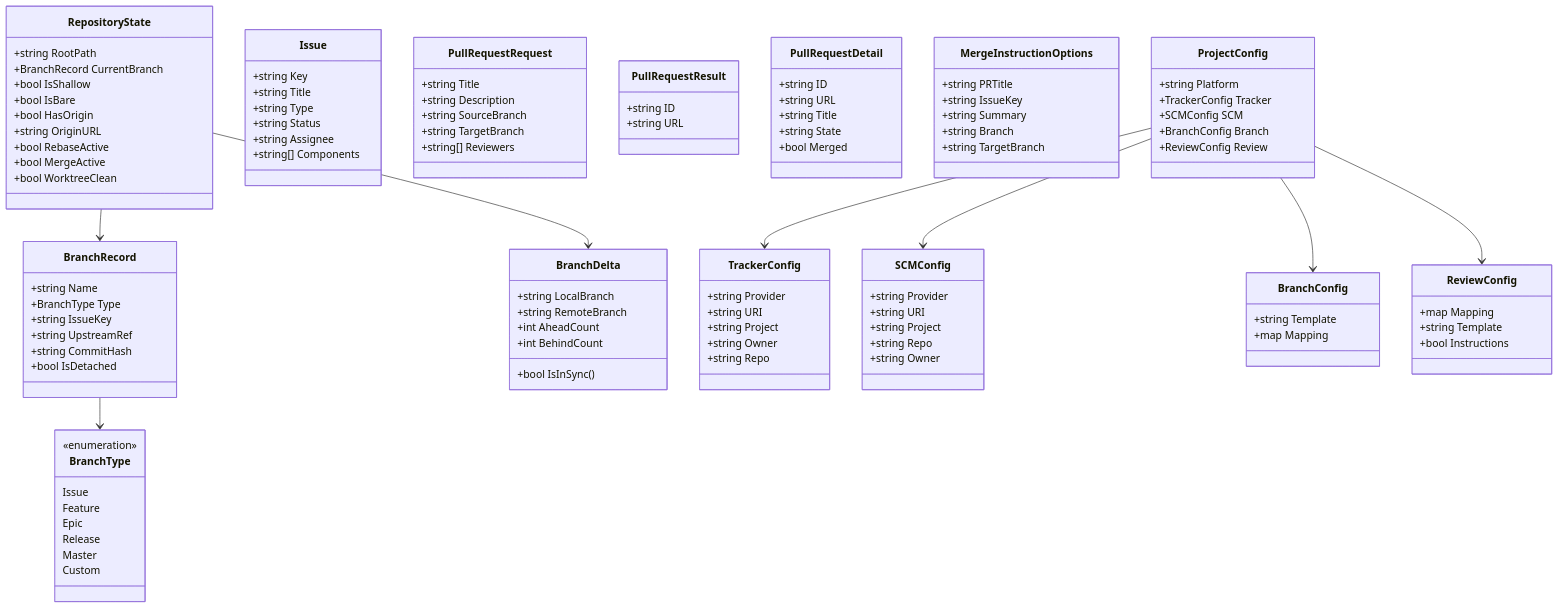
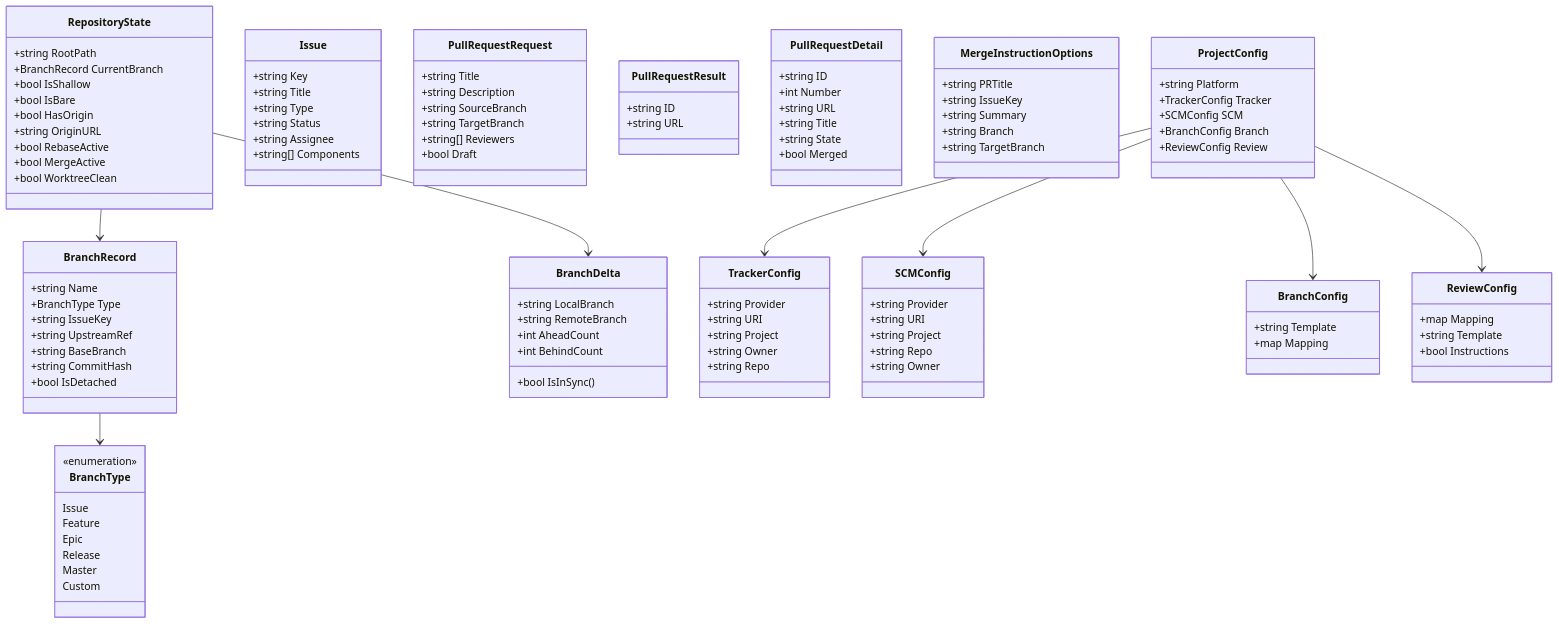
Before and after one commit to bvarnai/git-brx: the diagram in docs/spec/global.md, drawn with Mermaid. The commit also changed other lines of this file and 11 other files, not shown here.

Commit message:
docs(roadmap): add v1.3.0 workflow hardening roadmap

```diff
--- a/docs/spec/global.md
+++ b/docs/spec/global.md
@@ -246,6 +250,7 @@
         +BranchType Type
         +string IssueKey
         +string UpstreamRef
+        +string BaseBranch
         +string CommitHash
         +bool IsDetached
     }
@@ -285,6 +290,7 @@
         +string SourceBranch
         +string TargetBranch
         +string[] Reviewers
+        +bool Draft
     }
 
     class PullRequestResult {
@@ -294,6 +300,7 @@
 
     class PullRequestDetail {
         +string ID
+        +int Number
         +string URL
         +string Title
         +string State
```
